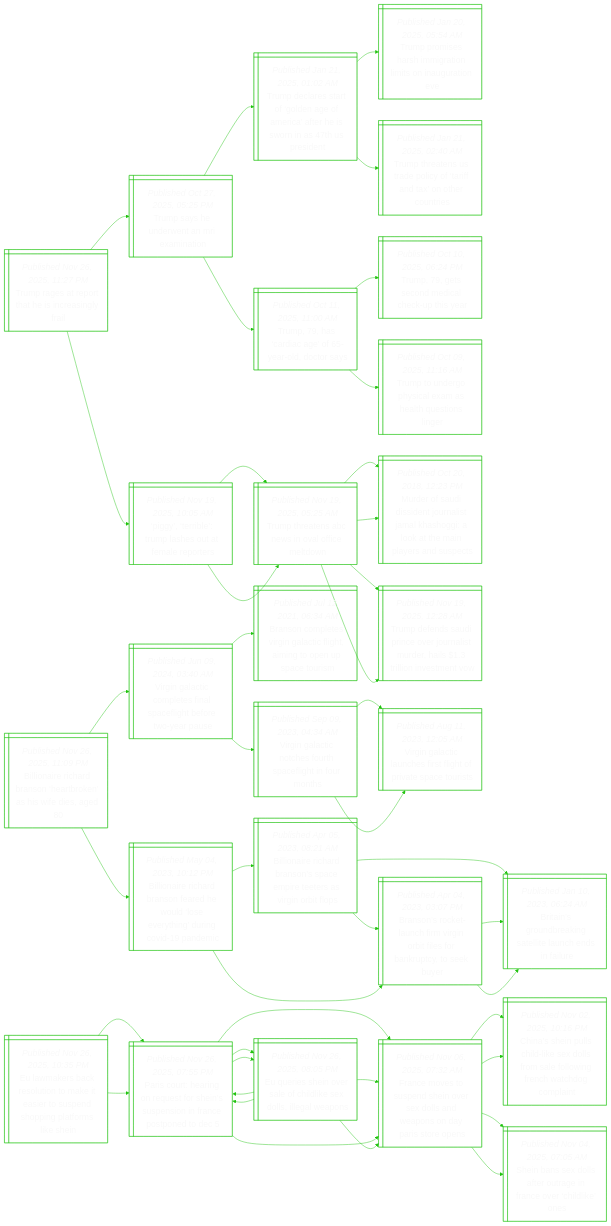
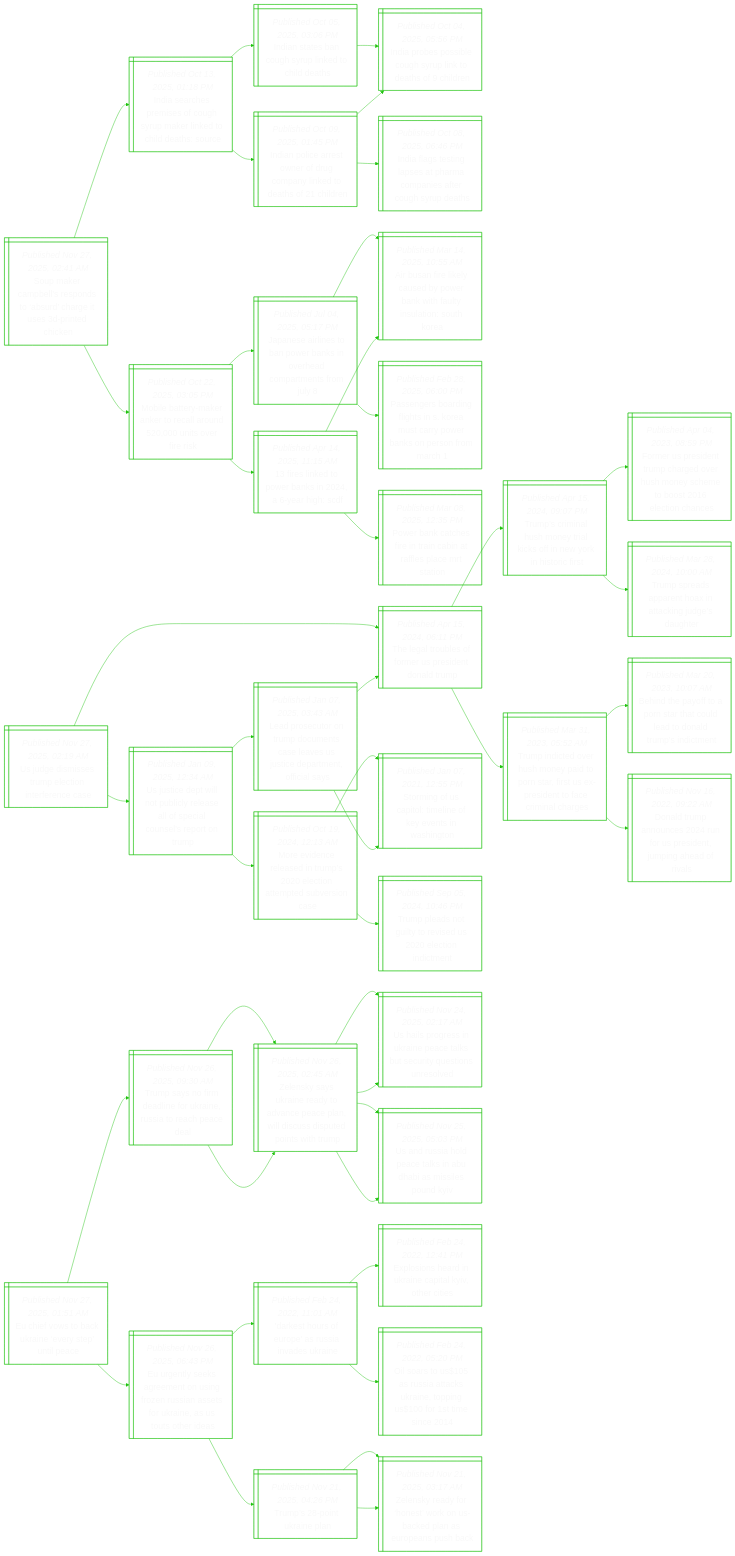
The diagram in README.md (notJmes/notJmes), drawn with Mermaid before and after one commit. The commit also changed other lines of this file, not shown here.

````diff
--- a/README.md
+++ b/README.md
@@ -16,136 +16,139 @@
 flowchart LR
 classDef txtsize font-size:20px;
 
-Traoasega@{ shape: win-pane, label: "_Published Nov 26, 2025, 11:27 PM_
-Trump rages at report that he is increasingly frail" }
-Tseraenn@{ shape: win-pane, label: "_Published Oct 27, 2025, 05:25 PM_
-Trump says he underwent an mri examination" }
-TdragnfitirsPd@{ shape: win-pane, label: "_Published Jan 21, 2025, 01:02 AM_
-Trump declares start of ‘golden age of america’ after he is sworn in as 47th us president" }
-Tpsrmtioutv@{ shape: win-pane, label: "_Published Jan 20, 2025, 05:54 AM_
-Trump promises harsh immigration limits on inauguration eve" }
-TttSecaaxhue@{ shape: win-pane, label: "_Published Jan 21, 2025, 02:40 AM_
-Trump threatens us trade policy of ‘tariff and tax’ on other countries" }
-Thraylty@{ shape: win-pane, label: "_Published Oct 11, 2025, 11:00 AM_
-Trump, 79, has ‘cardiac age’ of 65-year-old, doctor says" }
-Tgemacha@{ shape: win-pane, label: "_Published Oct 10, 2025, 06:24 PM_
-Trump, 79, gets second medical check-up this year" }
-Ttehamauon@{ shape: win-pane, label: "_Published Oct 09, 2025, 11:16 AM_
-Trump to undergo physical exam as health questions linger" }
-Ptbusuert@{ shape: win-pane, label: "_Published Nov 19, 2025, 10:05 AM_
-‘piggy’, ‘terrible’: trump lashes out at female reporters" }
-TttBsailn@{ shape: win-pane, label: "_Published Nov 19, 2025, 05:25 AM_
-Trump threatens abc news in oval office meltdown" }
-Mrusnrsasikeprsc@{ shape: win-pane, label: "_Published Oct 20, 2018, 12:23 PM_
-Murder of saudi dissident journalist jamal khashoggi: a look at the main players and suspects" }
-Tdddnersdiinst@{ shape: win-pane, label: "_Published Nov 19, 2025, 12:28 AM_
-Trump defends saudi prince over journalist murder, hails $1.3 trillion investment vow" }
-TttBsailn@{ shape: win-pane, label: "_Published Nov 19, 2025, 05:25 AM_
-Trump threatens abc news in oval office meltdown" }
-Mrusnrsasikeprsc@{ shape: win-pane, label: "_Published Oct 20, 2018, 12:23 PM_
-Murder of saudi dissident journalist jamal khashoggi: a look at the main players and suspects" }
-Tdddnersdiinst@{ shape: win-pane, label: "_Published Nov 19, 2025, 12:28 AM_
-Trump defends saudi prince over journalist murder, hails $1.3 trillion investment vow" }
+Saalssshisnhn@{ shape: win-pane, label: "_Published Nov 27, 2025, 02:41 AM_
+Soup maker campbell’s responds to ‘absurd’ charge it uses 3d-printed chicken" }
+Ishesurknodhr@{ shape: win-pane, label: "_Published Oct 13, 2025, 01:18 PM_
+India searches premises of cough syrup maker linked to child deaths: source" }
+Inecsldia@{ shape: win-pane, label: "_Published Oct 05, 2025, 03:06 PM_
+Indian states ban cough syrup linked to child deaths" }
+Ipsioyidsin@{ shape: win-pane, label: "_Published Oct 04, 2025, 05:56 PM_
+India probes possible cough syrup link to deaths of 9 children" }
+Incendoyeeol@{ shape: win-pane, label: "_Published Oct 09, 2025, 01:45 PM_
+Indian police arrest owner of drug company linked to deaths of 21 children" }
+Ipsioyidsin@{ shape: win-pane, label: "_Published Oct 04, 2025, 05:56 PM_
+India probes possible cough syrup link to deaths of 9 children" }
+Iftnspaaacsds@{ shape: win-pane, label: "_Published Oct 08, 2025, 06:46 PM_
+India flags testing lapses at pharma companies after cough syrup deaths" }
+Meekkrlntrr@{ shape: win-pane, label: "_Published Oct 22, 2025, 03:05 PM_
+Mobile battery-maker anker to recall around 520,000 units over fire risk" }
+Jersnrsedanoy@{ shape: win-pane, label: "_Published Jul 04, 2025, 05:17 PM_
+Japanese airlines to ban power banks in overhead compartments from july 8" }
+AsreuyrwaiaSK@{ shape: win-pane, label: "_Published Mar 14, 2025, 10:55 AM_
+Air busan fire likely caused by power bank with faulty insulation: south korea" }
+Pnbiiirsrekefa@{ shape: win-pane, label: "_Published Feb 28, 2025, 06:00 PM_
+Passengers boarding flights in s. korea must carry power banks on person from march 1" }
+fldwnahC@{ shape: win-pane, label: "_Published Apr 14, 2025, 11:15 AM_
+13 fires linked to power banks in 2024, a 6-year high: scdf" }
+Pbasiiiasetn@{ shape: win-pane, label: "_Published Mar 08, 2025, 12:35 PM_
+Power bank catches fire in train cabin at raffles place mrt station" }
+AsreuyrwaiaSK@{ shape: win-pane, label: "_Published Mar 14, 2025, 10:55 AM_
+Air busan fire likely caused by power bank with faulty insulation: south korea" }
 
-Traoasega:::txtsize --> Tseraenn:::txtsize
-Tseraenn:::txtsize --> TdragnfitirsPd:::txtsize
-TdragnfitirsPd:::txtsize --> Tpsrmtioutv:::txtsize
-TdragnfitirsPd:::txtsize --> TttSecaaxhue:::txtsize
-Tseraenn:::txtsize --> Thraylty:::txtsize
-Thraylty:::txtsize --> Tgemacha:::txtsize
-Thraylty:::txtsize --> Ttehamauon:::txtsize
-Traoasega:::txtsize --> Ptbusuert:::txtsize
-Ptbusuert:::txtsize --> TttBsailn:::txtsize
-TttBsailn:::txtsize --> Mrusnrsasikeprsc:::txtsize
-TttBsailn:::txtsize --> Tdddnersdiinst:::txtsize
-Ptbusuert:::txtsize --> TttBsailn:::txtsize
-TttBsailn:::txtsize --> Mrusnrsasikeprsc:::txtsize
-TttBsailn:::txtsize --> Tdddnersdiinst:::txtsize
+Saalssshisnhn:::txtsize --> Ishesurknodhr:::txtsize
+Ishesurknodhr:::txtsize --> Inecsldia:::txtsize
+Inecsldia:::txtsize --> Ipsioyidsin:::txtsize
+Ishesurknodhr:::txtsize --> Incendoyeeol:::txtsize
+Incendoyeeol:::txtsize --> Ipsioyidsin:::txtsize
+Incendoyeeol:::txtsize --> Iftnspaaacsds:::txtsize
+Saalssshisnhn:::txtsize --> Meekkrlntrr:::txtsize
+Meekkrlntrr:::txtsize --> Jersnrsedanoy:::txtsize
+Jersnrsedanoy:::txtsize --> AsreuyrwaiaSK:::txtsize
+Jersnrsedanoy:::txtsize --> Pnbiiirsrekefa:::txtsize
+Meekkrlntrr:::txtsize --> fldwnahC:::txtsize
+fldwnahC:::txtsize --> Pbasiiiasetn:::txtsize
+fldwnahC:::txtsize --> AsreuyrwaiaSK:::txtsize
 
-Boeaahbnsdg@{ shape: win-pane, label: "_Published Nov 26, 2025, 11:09 PM_
-Billionaire richard branson ‘heartbroken’ as his wife dies, aged 80" }
-Vncotnaietas@{ shape: win-pane, label: "_Published Jun 09, 2024, 03:40 AM_
-Virgin galactic completes final spaceflight before two-year pause" }
-Bopsiaftnpsts@{ shape: win-pane, label: "_Published Jul 12, 2021, 06:34 AM_
-Branson completes virgin galactic flight, aiming to open up space tourism" }
-Vncostcgfo@{ shape: win-pane, label: "_Published Sep 09, 2023, 04:34 AM_
-Virgin galactic notches fourth spaceflight in four months" }
-Vncaesgptcr@{ shape: win-pane, label: "_Published Aug 11, 2023, 12:05 AM_
-Virgin galactic launches first flight of private space tourists" }
-Vncaesgptcr@{ shape: win-pane, label: "_Published Aug 11, 2023, 12:05 AM_
-Virgin galactic launches first flight of private space tourists" }
-Boeaafdusrnivnc@{ shape: win-pane, label: "_Published May 04, 2023, 10:12 PM_
-Billionaire richard branson feared he would ‘lose everything’ during covid-19 pandemic" }
-Boeaasertsiip@{ shape: win-pane, label: "_Published Apr 05, 2023, 08:21 AM_
-Billionaire richard branson’s space empire teeters as virgin orbit flops" }
-Biorneecsi@{ shape: win-pane, label: "_Published Jan 10, 2023, 06:24 AM_
-Britain’s groundbreaking satellite launch ends in failure" }
-BocafiOffntsu@{ shape: win-pane, label: "_Published Apr 04, 2023, 03:07 PM_
-Branson’s rocket-launch firm virgin orbit files for bankruptcy, to seek buyer" }
-BocafiOffntsu@{ shape: win-pane, label: "_Published Apr 04, 2023, 03:07 PM_
-Branson’s rocket-launch firm virgin orbit files for bankruptcy, to seek buyer" }
-Biorneecsi@{ shape: win-pane, label: "_Published Jan 10, 2023, 06:24 AM_
-Britain’s groundbreaking satellite launch ends in failure" }
-Biorneecsi@{ shape: win-pane, label: "_Published Jan 10, 2023, 06:24 AM_
-Britain’s groundbreaking satellite launch ends in failure" }
+Ugmsptnee@{ shape: win-pane, label: "_Published Nov 27, 2025, 02:19 AM_
+Us judge dismisses trump election interference case" }
+TgosrSiDdp@{ shape: win-pane, label: "_Published Apr 15, 2024, 06:11 PM_
+The legal troubles of former us president donald trump" }
+Tsiunicfwitf@{ shape: win-pane, label: "_Published Apr 15, 2024, 09:07 PM_
+Trump’s criminal hush money trial kicks off in new york in historic first" }
+Frenmrvseebeia@{ shape: win-pane, label: "_Published Apr 04, 2023, 08:59 PM_
+Former us president trump charged over hush money scheme to boost 2016 election chances" }
+Tsdahncjsh@{ shape: win-pane, label: "_Published Mar 28, 2024, 10:00 AM_
+Trump spreads apparent hoax in attacking judge’s daughter" }
+TitehytnfUrefrar@{ shape: win-pane, label: "_Published Mar 31, 2023, 05:52 AM_
+Trump indicted over hush money paid to porn star, first us ex-president to face criminal charges" }
+Bdatrrclolmde@{ shape: win-pane, label: "_Published Mar 20, 2023, 10:07 AM_
+Behind the payoff to a porn star that could lead to donald trump’s indictment" }
+Ddpurrenphfl@{ shape: win-pane, label: "_Published Nov 16, 2022, 09:22 AM_
+Donald trump announces 2024 run for us president, jumping ahead of rivals" }
+Utelpclasanrtu@{ shape: win-pane, label: "_Published Jan 09, 2025, 12:34 AM_
+Us justice dept will not publicly release all of special counsel's report on trump" }
+Mvceimenmsrc@{ shape: win-pane, label: "_Published Oct 19, 2024, 12:13 AM_
+More evidence released in trump’s 2020 election attempted subversion case" }
+SiUiinenWn@{ shape: win-pane, label: "_Published Jan 07, 2021, 12:55 PM_
+Storming of us capitol: timeline of key events in washington" }
+TpsutiStnm@{ shape: win-pane, label: "_Published Sep 05, 2024, 10:46 PM_
+Trump pleads not guilty to revised us 2020 election indictment" }
+LrunpmceUtemfas@{ shape: win-pane, label: "_Published Jan 07, 2025, 03:43 AM_
+Lead prosecutor on trump documents case leaves us justice department, official says" }
+TgosrSiDdp@{ shape: win-pane, label: "_Published Apr 15, 2024, 06:11 PM_
+The legal troubles of former us president donald trump" }
+SiUiinenWn@{ shape: win-pane, label: "_Published Jan 07, 2021, 12:55 PM_
+Storming of us capitol: timeline of key events in washington" }
 
-Boeaahbnsdg:::txtsize --> Vncotnaietas:::txtsize
-Vncotnaietas:::txtsize --> Bopsiaftnpsts:::txtsize
-Vncotnaietas:::txtsize --> Vncostcgfo:::txtsize
-Vncostcgfo:::txtsize --> Vncaesgptcr:::txtsize
-Vncostcgfo:::txtsize --> Vncaesgptcr:::txtsize
-Boeaahbnsdg:::txtsize --> Boeaafdusrnivnc:::txtsize
-Boeaafdusrnivnc:::txtsize --> Boeaasertsiip:::txtsize
-Boeaasertsiip:::txtsize --> Biorneecsi:::txtsize
-Boeaasertsiip:::txtsize --> BocafiOffntsu:::txtsize
-Boeaafdusrnivnc:::txtsize --> BocafiOffntsu:::txtsize
-BocafiOffntsu:::txtsize --> Biorneecsi:::txtsize
-BocafiOffntsu:::txtsize --> Biorneecsi:::txtsize
+Ugmsptnee:::txtsize --> TgosrSiDdp:::txtsize
+TgosrSiDdp:::txtsize --> Tsiunicfwitf:::txtsize
+Tsiunicfwitf:::txtsize --> Frenmrvseebeia:::txtsize
+Tsiunicfwitf:::txtsize --> Tsdahncjsh:::txtsize
+TgosrSiDdp:::txtsize --> TitehytnfUrefrar:::txtsize
+TitehytnfUrefrar:::txtsize --> Bdatrrclolmde:::txtsize
+TitehytnfUrefrar:::txtsize --> Ddpurrenphfl:::txtsize
+Ugmsptnee:::txtsize --> Utelpclasanrtu:::txtsize
+Utelpclasanrtu:::txtsize --> Mvceimenmsrc:::txtsize
+Mvceimenmsrc:::txtsize --> SiUiinenWn:::txtsize
+Mvceimenmsrc:::txtsize --> TpsutiStnm:::txtsize
+Utelpclasanrtu:::txtsize --> LrunpmceUtemfas:::txtsize
+LrunpmceUtemfas:::txtsize --> TgosrSiDdp:::txtsize
+LrunpmceUtemfas:::txtsize --> SiUiinenWn:::txtsize
 
-Emsrutesoeogflh@{ shape: win-pane, label: "_Published Nov 26, 2025, 10:35 PM_
-Eu lawmakers back resolution to make it easier to suspend shopping platforms like shein" }
-PcHnethsninsee@{ shape: win-pane, label: "_Published Nov 26, 2025, 07:55 PM_
-Paris court: hearing on request for shein’s suspension in france postponed to dec 5" }
-FessSoelwnairn@{ shape: win-pane, label: "_Published Nov 06, 2025, 07:32 AM_
-France moves to suspend shein over sex dolls and weapons on day paris store opens" }
-CsnsdsloeoFhhoi@{ shape: win-pane, label: "_Published Nov 02, 2025, 10:16 PM_
-China’s shein pulls child-like sex dolls from sale following french watchdog complaint" }
-Sbelerncrdo@{ shape: win-pane, label: "_Published Nov 04, 2025, 07:05 AM_
-Shein bans sex dolls after outrage in france over ‘childlike’ ones" }
-Erhvlhixsga@{ shape: win-pane, label: "_Published Nov 26, 2025, 08:05 PM_
-Eu queries shein over sale of childlike sex dolls, illegal weapons" }
-FessSoelwnairn@{ shape: win-pane, label: "_Published Nov 06, 2025, 07:32 AM_
-France moves to suspend shein over sex dolls and weapons on day paris store opens" }
-PcHnethsninsee@{ shape: win-pane, label: "_Published Nov 26, 2025, 07:55 PM_
-Paris court: hearing on request for shein’s suspension in france postponed to dec 5" }
-PcHnethsninsee@{ shape: win-pane, label: "_Published Nov 26, 2025, 07:55 PM_
-Paris court: hearing on request for shein’s suspension in france postponed to dec 5" }
-FessSoelwnairn@{ shape: win-pane, label: "_Published Nov 06, 2025, 07:32 AM_
-France moves to suspend shein over sex dolls and weapons on day paris store opens" }
-CsnsdsloeoFhhoi@{ shape: win-pane, label: "_Published Nov 02, 2025, 10:16 PM_
-China’s shein pulls child-like sex dolls from sale following french watchdog complaint" }
-Sbelerncrdo@{ shape: win-pane, label: "_Published Nov 04, 2025, 07:05 AM_
-Shein bans sex dolls after outrage in france over ‘childlike’ ones" }
-Erhvlhixsga@{ shape: win-pane, label: "_Published Nov 26, 2025, 08:05 PM_
-Eu queries shein over sale of childlike sex dolls, illegal weapons" }
-FessSoelwnairn@{ shape: win-pane, label: "_Published Nov 06, 2025, 07:32 AM_
-France moves to suspend shein over sex dolls and weapons on day paris store opens" }
-PcHnethsninsee@{ shape: win-pane, label: "_Published Nov 26, 2025, 07:55 PM_
-Paris court: hearing on request for shein’s suspension in france postponed to dec 5" }
+Eescavtta@{ shape: win-pane, label: "_Published Nov 27, 2025, 01:51 AM_
+Eu chief vows to back ukraine ‘every step’ until peace" }
+Tsodirisohe@{ shape: win-pane, label: "_Published Nov 26, 2025, 09:30 AM_
+Trump says no firm deadline for ukraine, russia to reach peace deal" }
+Zsyaeonaalusdthp@{ shape: win-pane, label: "_Published Nov 26, 2025, 02:45 AM_
+Zelensky says ukraine ready to advance peace plan, will discuss disputed points with trump" }
+Ulgiaeauuqinl@{ shape: win-pane, label: "_Published Nov 24, 2025, 02:17 AM_
+Us hails progress in ukraine peace talks but security questions unresolved" }
+URaptiDaspK@{ shape: win-pane, label: "_Published Nov 25, 2025, 05:03 PM_
+Us and russia hold peace talks in abu dhabi as missiles pound kyiv" }
+Zsyaeonaalusdthp@{ shape: win-pane, label: "_Published Nov 26, 2025, 02:45 AM_
+Zelensky says ukraine ready to advance peace plan, will discuss disputed points with trump" }
+Ulgiaeauuqinl@{ shape: win-pane, label: "_Published Nov 24, 2025, 02:17 AM_
+Us hails progress in ukraine peace talks but security questions unresolved" }
+URaptiDaspK@{ shape: win-pane, label: "_Published Nov 25, 2025, 05:03 PM_
+Us and russia hold peace talks in abu dhabi as missiles pound kyiv" }
+Eesamngessfraotd@{ shape: win-pane, label: "_Published Nov 26, 2025, 06:43 PM_
+Eu urgently seeks agreement on using frozen russian assets for ukraine, as us touts other ideas" }
+DsruasvUn@{ shape: win-pane, label: "_Published Feb 24, 2022, 11:01 AM_
+'darkest hours of europe' as russia invades ukraine" }
+Eshiaalocs@{ shape: win-pane, label: "_Published Feb 24, 2022, 12:41 PM_
+Explosions heard in ukraine capital kyiv, other cities" }
+OaUuakaogrmc@{ shape: win-pane, label: "_Published Feb 24, 2022, 05:20 PM_
+Oil soars to us$105 as russia attacks ukraine, topping us$100 for 1st time since 2014" }
+Tstia@{ shape: win-pane, label: "_Published Nov 21, 2025, 04:26 PM_
+Trump’s 28-point ukraine plan" }
+Zsarskbdaosb@{ shape: win-pane, label: "_Published Nov 21, 2025, 03:17 AM_
+Zelensky ready for ‘honest’ work on us-backed plan as europeans push back" }
+Zsarskbdaosb@{ shape: win-pane, label: "_Published Nov 21, 2025, 03:17 AM_
+Zelensky ready for ‘honest’ work on us-backed plan as europeans push back" }
 
-Emsrutesoeogflh:::txtsize --> PcHnethsninsee:::txtsize
-PcHnethsninsee:::txtsize --> FessSoelwnairn:::txtsize
-FessSoelwnairn:::txtsize --> CsnsdsloeoFhhoi:::txtsize
-FessSoelwnairn:::txtsize --> Sbelerncrdo:::txtsize
-PcHnethsninsee:::txtsize --> Erhvlhixsga:::txtsize
-Erhvlhixsga:::txtsize --> FessSoelwnairn:::txtsize
-Erhvlhixsga:::txtsize --> PcHnethsninsee:::txtsize
-Emsrutesoeogflh:::txtsize --> PcHnethsninsee:::txtsize
-PcHnethsninsee:::txtsize --> FessSoelwnairn:::txtsize
-FessSoelwnairn:::txtsize --> CsnsdsloeoFhhoi:::txtsize
-FessSoelwnairn:::txtsize --> Sbelerncrdo:::txtsize
-PcHnethsninsee:::txtsize --> Erhvlhixsga:::txtsize
-Erhvlhixsga:::txtsize --> FessSoelwnairn:::txtsize
-Erhvlhixsga:::txtsize --> PcHnethsninsee:::txtsize
+Eescavtta:::txtsize --> Tsodirisohe:::txtsize
+Tsodirisohe:::txtsize --> Zsyaeonaalusdthp:::txtsize
+Zsyaeonaalusdthp:::txtsize --> Ulgiaeauuqinl:::txtsize
+Zsyaeonaalusdthp:::txtsize --> URaptiDaspK:::txtsize
+Tsodirisohe:::txtsize --> Zsyaeonaalusdthp:::txtsize
+Zsyaeonaalusdthp:::txtsize --> Ulgiaeauuqinl:::txtsize
+Zsyaeonaalusdthp:::txtsize --> URaptiDaspK:::txtsize
+Eescavtta:::txtsize --> Eesamngessfraotd:::txtsize
+Eesamngessfraotd:::txtsize --> DsruasvUn:::txtsize
+DsruasvUn:::txtsize --> Eshiaalocs:::txtsize
+DsruasvUn:::txtsize --> OaUuakaogrmc:::txtsize
+Eesamngessfraotd:::txtsize --> Tstia:::txtsize
+Tstia:::txtsize --> Zsarskbdaosb:::txtsize
+Tstia:::txtsize --> Zsarskbdaosb:::txtsize
 
 ```
````
